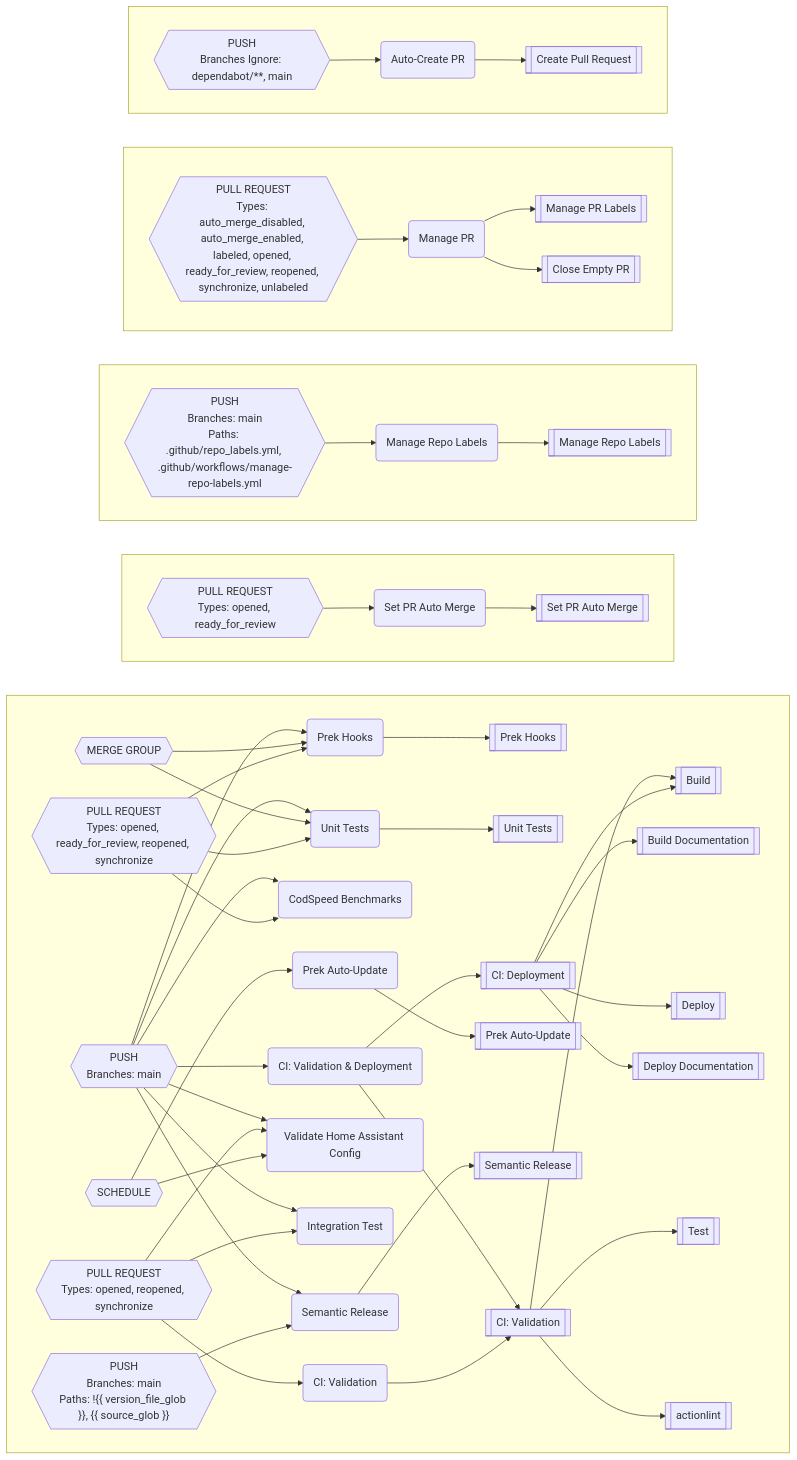
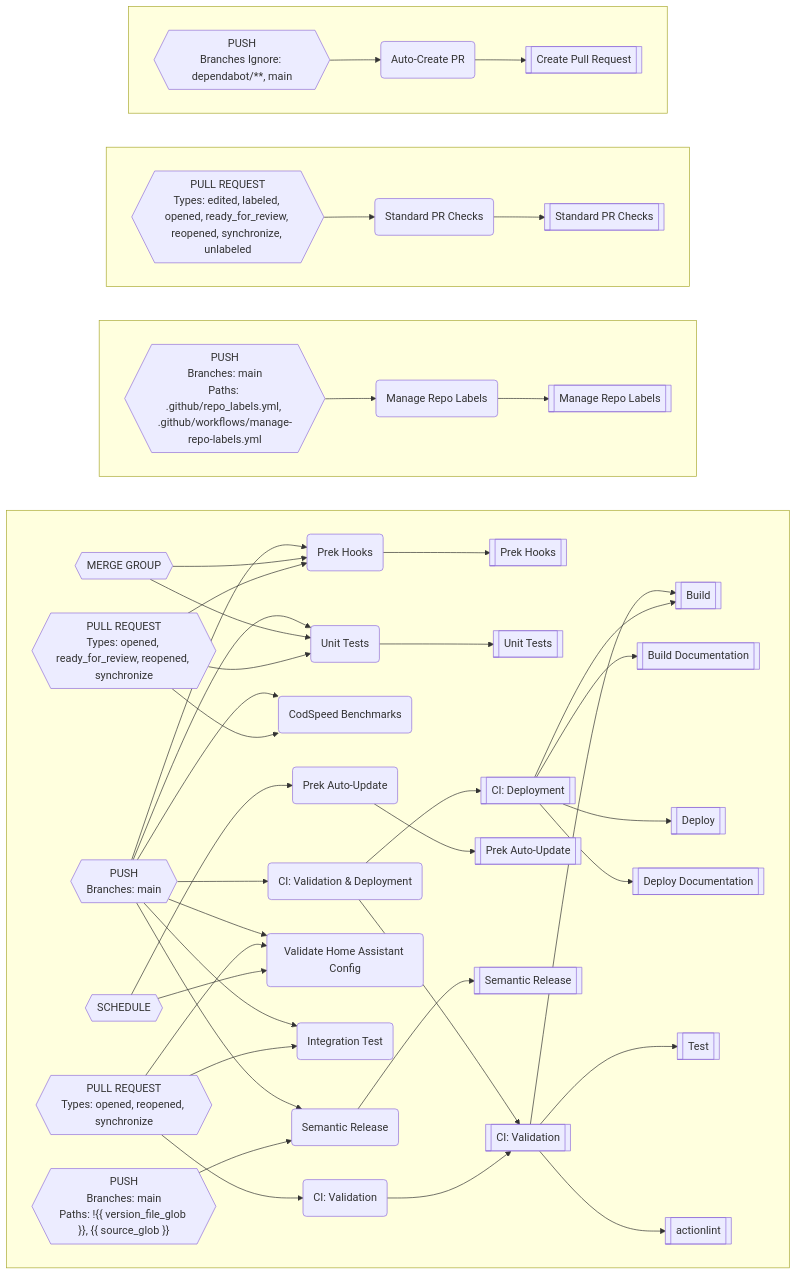
Before and after one commit to worganisation/github-config-files: the diagram in README.md, drawn with Mermaid. The commit also changed other lines of this file and 12 other files, not shown here.

````diff
--- a/README.md
+++ b/README.md
@@ -347,115 +370,103 @@
 ```mermaid
 flowchart LR
+subgraph EG[" "]
+direction LR
+DK-->DZ
+DK-->DO
+DK-->DJ
+DO-->BB
+DP-->DZ
+DP-->DO
+DZ-->BQ
+DF-->V
+CF-->AY
+CG-->CO
+CG-->CF
+DH-->DF
+DH-->CW
+DH-->CO
+DV-->CJ
+CJ-->BE
+DC-->DZ
+DC-->DO
+DC-->DJ
+DC-->DB
+DC-->CW
+DC-->CO
+DC-->CJ
+DB-->V
+DB-->M
+M-->I
+M-->E
+M-->AM
+M-->AI
+V-->I
+V-->BN
+V-->A
+end
+subgraph EH[" "]
+direction LR
+CC-->CB
+CB-->AV
+end
+subgraph EI[" "]
+direction LR
+BY-->BX
+BX-->BK
+end
 subgraph EJ[" "]
 direction LR
-DN-->EC
-DN-->DR
-DN-->DM
-DR-->BC
-DS-->EC
-DS-->DR
-EC-->BO
-DI-->V
-CE-->AZ
-CF-->CR
-CF-->CE
-DK-->DI
-DK-->CZ
-DK-->CR
-DY-->CM
-CM-->BF
-DF-->EC
-DF-->DR
-DF-->DM
-DF-->DE
-DF-->CZ
-DF-->CR
-DF-->CM
-DE-->V
-DE-->M
-M-->I
-M-->E
-M-->AN
-M-->AJ
-V-->I
-V-->BL
-V-->A
+BU-->BT
+BT-->AE
 end
-subgraph EK[" "]
-direction LR
-CJ-->CI
-CI-->BI
-end
-subgraph EL[" "]
-direction LR
-CB-->CA
-CA-->AW
-end
-subgraph EM[" "]
-direction LR
-BW-->BV
-BV-->AT
-BV-->AB
-end
-subgraph EN[" "]
-direction LR
-BS-->BR
-BR-->AF
-end
-AB[["Close Empty PR"]]
-AF[["Create Pull Request"]]
-AJ[["Deploy Documentation"]]
-AN[["Deploy"]]
-AT[["Manage PR Labels"]]
-AW[["Manage Repo Labels"]]
-AZ[["Prek Auto-Update"]]
+AE[["Create Pull Request"]]
+AI[["Deploy Documentation"]]
+AM[["Deploy"]]
+AV[["Manage Repo Labels"]]
+AY[["Prek Auto-Update"]]
 A[["actionlint"]]
-BC[["Prek Hooks"]]
-BF[["Semantic Release"]]
-BI[["Set PR Auto Merge"]]
-BL[["Test"]]
-BO[["Unit Tests"]]
-BR("Auto-Create PR")
-BS{{"PUSH
+BB[["Prek Hooks"]]
+BE[["Semantic Release"]]
+BK[["Standard PR Checks"]]
+BN[["Test"]]
+BQ[["Unit Tests"]]
+BT("Auto-Create PR")
+BU{{"PUSH
 Branches Ignore: dependabot/**, main
 "}}
-BV("Manage PR")
-BW{{"PULL REQUEST
-Types: auto_merge_disabled, auto_merge_enabled, labeled, opened, ready_for_review, reopened, synchronize, unlabeled
+BX("Standard PR Checks")
+BY{{"PULL REQUEST
+Types: edited, labeled, opened, ready_for_review, reopened, synchronize, unlabeled
 "}}
-CA("Manage Repo Labels")
-CB{{"PUSH
+CB("Manage Repo Labels")
+CC{{"PUSH
 Branches: main
 Paths: .github/repo_labels.yml, .github/workflows/manage-repo-labels.yml
 "}}
-CE("Prek Auto-Update")
-CF{{"SCHEDULE"}}
-CI("Set PR Auto Merge")
-CJ{{"PULL REQUEST
-Types: opened, ready_for_review
-"}}
-CM("Semantic Release")
-CR("Validate Home Assistant Config")
-CZ("Integration Test")
-DE("CI: Validation & Deployment")
-DF{{"PUSH
+CF("Prek Auto-Update")
+CG{{"SCHEDULE"}}
+CJ("Semantic Release")
+CO("Validate Home Assistant Config")
+CW("Integration Test")
+DB("CI: Validation & Deployment")
+DC{{"PUSH
 Branches: main
 "}}
-DI("CI: Validation")
-DK{{"PULL REQUEST
+DF("CI: Validation")
+DH{{"PULL REQUEST
 Types: opened, reopened, synchronize
 "}}
-DM("CodSpeed Benchmarks")
-DN{{"PULL REQUEST
+DJ("CodSpeed Benchmarks")
+DK{{"PULL REQUEST
 Types: opened, ready_for_review, reopened, synchronize
 "}}
-DR("Prek Hooks")
-DS{{"MERGE GROUP"}}
-DY{{"PUSH
+DO("Prek Hooks")
+DP{{"MERGE GROUP"}}
+DV{{"PUSH
 Branches: main
 Paths: !{{ version_file_glob }}, {{ source_glob }}
 "}}
-EC("Unit Tests")
+DZ("Unit Tests")
 E[["Build Documentation"]]
 I[["Build"]]
 M[["CI: Deployment"]]
````
